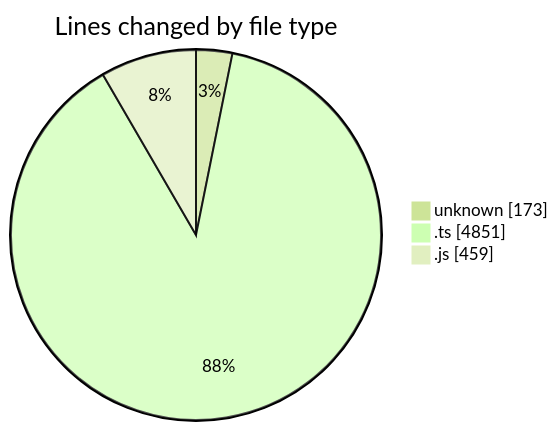
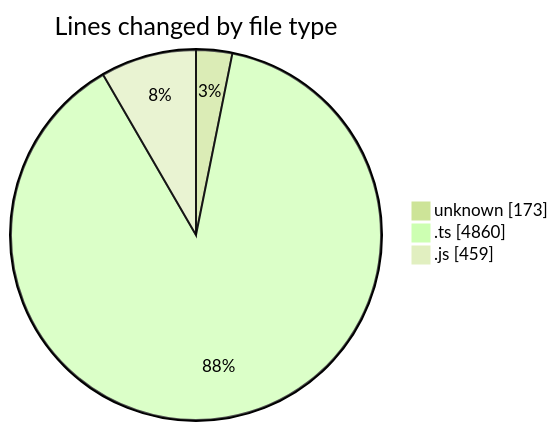
One commit to momahboobian/code-tracking changed the first of 2 diagrams in 2026-08-24/cda/README.md. Above: the diagram before and after it, drawn with Mermaid (forest theme). The commit also changed other lines of this file and 1 other file, not shown here.

````diff
--- a/2026-08-24/cda/README.md
+++ b/2026-08-24/cda/README.md
@@ -30,7 +30,7 @@
 ```mermaid
 pie showData
 title Lines changed by file type
 "unknown" : 173
-".ts" : 4851
+".ts" : 4860
 ".js" : 459
 ```
````
